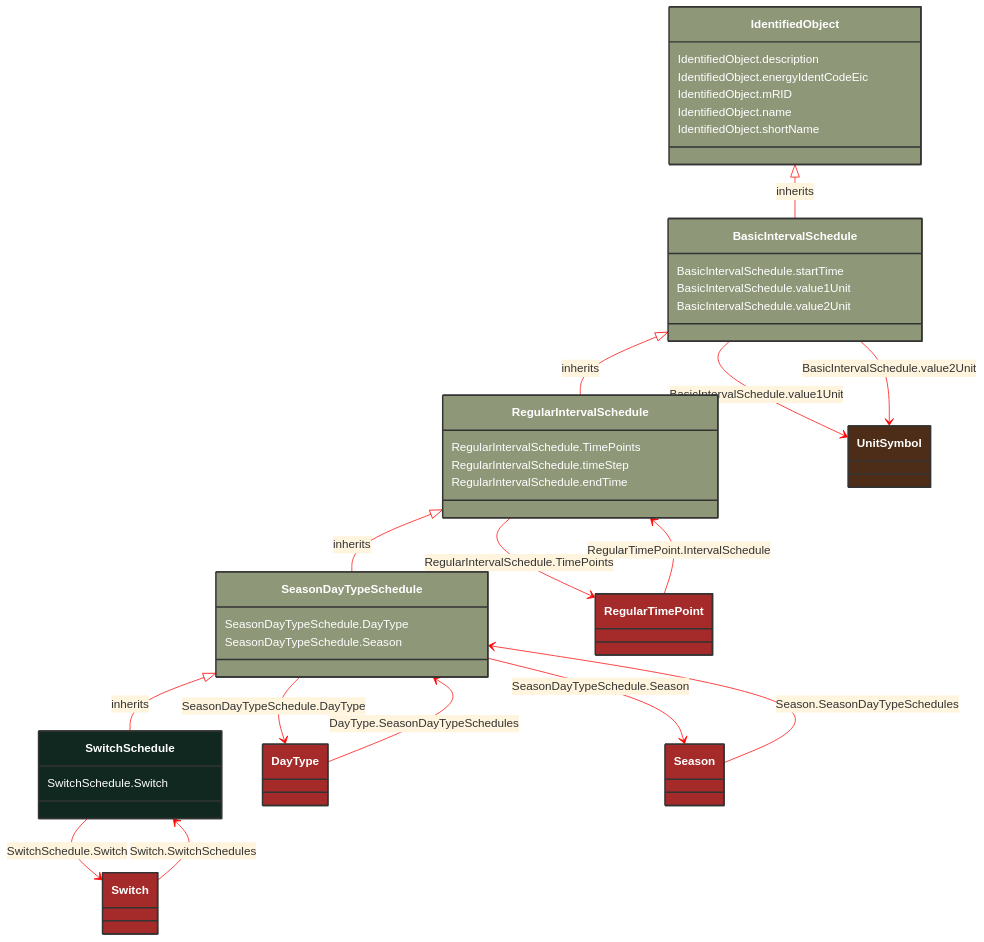
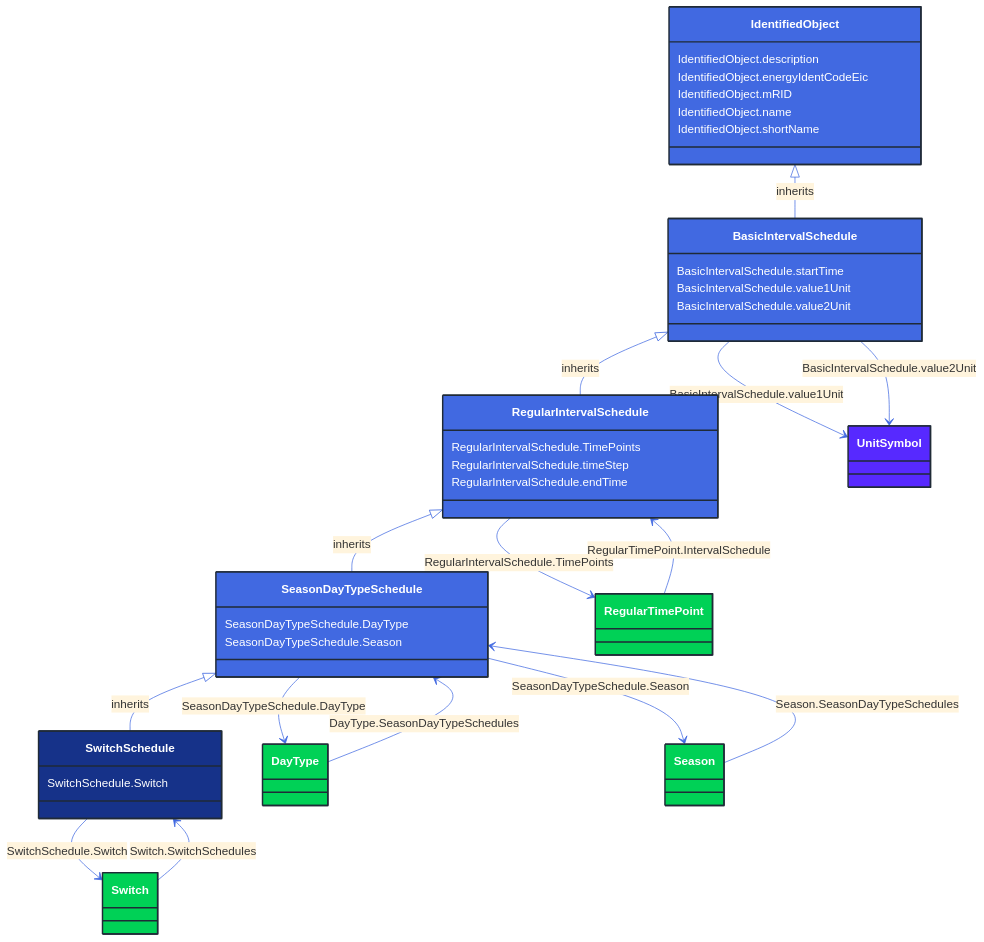
Before and after one commit to 3lbits/NoCIMExtensions: the diagram in docs/Models/Profiles/CoreEquipment/ConcreteClasses/SwitchSchedule.md, drawn with Mermaid. The commit also changed 362 other files, not shown here.

First line of the commit message:
Update diagrams and styles for improved visual consistency

````diff
--- a/docs/Models/Profiles/CoreEquipment/ConcreteClasses/SwitchSchedule.md
+++ b/docs/Models/Profiles/CoreEquipment/ConcreteClasses/SwitchSchedule.md
@@ -8,81 +8,81 @@
 ```mermaid
-%%{init: {'theme':'base','themeVariables': {'lineColor': '#FF0000'}}}%%
+%%{init: {'theme':'base','themeVariables': {'lineColor': '#4169E1'}}}%%
 classDiagram
     class SwitchSchedule
     click SwitchSchedule href "/Models/Profiles/CoreEquipment/ConcreteClasses/SwitchSchedule/"
-    style SwitchSchedule fill:#102820,stroke:#333,stroke-width:2px,rx:10,ry:10,color:white
+    style SwitchSchedule fill:#163289,stroke:#1F2A37,stroke-width:2px,rx:10,ry:10,color:white
      
         SeasonDayTypeSchedule <|-- SwitchSchedule : inherits
             click SeasonDayTypeSchedule href "/Models/Profiles/CoreEquipment/AbstractClasses/SeasonDayTypeSchedule/"
-            style SeasonDayTypeSchedule fill:#8F9779,stroke:#333,stroke-width:2px,rx:10,ry:10,color:white
+            style SeasonDayTypeSchedule fill:#4169E1,stroke:#1F2A37,stroke-width:2px,rx:10,ry:10,color:white
      
         RegularIntervalSchedule <|-- SeasonDayTypeSchedule : inherits
             click RegularIntervalSchedule href "/Models/Profiles/CoreEquipment/AbstractClasses/RegularIntervalSchedule/"
-            style RegularIntervalSchedule fill:#8F9779,stroke:#333,stroke-width:2px,rx:10,ry:10,color:white
+            style RegularIntervalSchedule fill:#4169E1,stroke:#1F2A37,stroke-width:2px,rx:10,ry:10,color:white
      
         BasicIntervalSchedule <|-- RegularIntervalSchedule : inherits
             click BasicIntervalSchedule href "/Models/Profiles/CoreEquipment/AbstractClasses/BasicIntervalSchedule/"
-            style BasicIntervalSchedule fill:#8F9779,stroke:#333,stroke-width:2px,rx:10,ry:10,color:white
+            style BasicIntervalSchedule fill:#4169E1,stroke:#1F2A37,stroke-width:2px,rx:10,ry:10,color:white
      
         IdentifiedObject <|-- BasicIntervalSchedule : inherits
             click IdentifiedObject href "/Models/Profiles/CoreEquipment/AbstractClasses/IdentifiedObject/"
-            style IdentifiedObject fill:#8F9779,stroke:#333,stroke-width:2px,rx:10,ry:10,color:white
+            style IdentifiedObject fill:#4169E1,stroke:#1F2A37,stroke-width:2px,rx:10,ry:10,color:white
 
         SwitchSchedule --> Switch : SwitchSchedule.Switch
 
         Switch
             click Switch href "/Models/Profiles/CoreEquipment/ConcreteClasses/Switch/"
-            style Switch fill:#A52A2A,stroke:#333,stroke-width:2px,rx:10,ry:10,color:white
+            style Switch fill:#00D156,stroke:#1F2A37,stroke-width:2px,rx:10,ry:10,color:white
         SeasonDayTypeSchedule --> DayType : SeasonDayTypeSchedule.DayType
 
         DayType
             click DayType href "/Models/Profiles/CoreEquipment/ConcreteClasses/DayType/"
-            style DayType fill:#A52A2A,stroke:#333,stroke-width:2px,rx:10,ry:10,color:white
+            style DayType fill:#00D156,stroke:#1F2A37,stroke-width:2px,rx:10,ry:10,color:white
         SeasonDayTypeSchedule --> Season : SeasonDayTypeSchedule.Season
 
         Season
             click Season href "/Models/Profiles/CoreEquipment/ConcreteClasses/Season/"
-            style Season fill:#A52A2A,stroke:#333,stroke-width:2px,rx:10,ry:10,color:white
+            style Season fill:#00D156,stroke:#1F2A37,stroke-width:2px,rx:10,ry:10,color:white
         RegularIntervalSchedule --> RegularTimePoint : RegularIntervalSchedule.TimePoints
 
         RegularTimePoint
             click RegularTimePoint href "/Models/Profiles/CoreEquipment/ConcreteClasses/RegularTimePoint/"
-            style RegularTimePoint fill:#A52A2A,stroke:#333,stroke-width:2px,rx:10,ry:10,color:white
+            style RegularTimePoint fill:#00D156,stroke:#1F2A37,stroke-width:2px,rx:10,ry:10,color:white
 
         DayType --> SeasonDayTypeSchedule : DayType.SeasonDayTypeSchedules
 
         DayType
             click DayType href "/Models/Profiles/CoreEquipment/ConcreteClasses/DayType/"
-            style DayType fill:#A52A2A,stroke:#333,stroke-width:2px,rx:10,ry:10,color:white
+            style DayType fill:#00D156,stroke:#1F2A37,stroke-width:2px,rx:10,ry:10,color:white
 
         RegularTimePoint --> RegularIntervalSchedule : RegularTimePoint.IntervalSchedule
 
         RegularTimePoint
             click RegularTimePoint href "/Models/Profiles/CoreEquipment/ConcreteClasses/RegularTimePoint/"
-            style RegularTimePoint fill:#A52A2A,stroke:#333,stroke-width:2px,rx:10,ry:10,color:white
+            style RegularTimePoint fill:#00D156,stroke:#1F2A37,stroke-width:2px,rx:10,ry:10,color:white
 
         Season --> SeasonDayTypeSchedule : Season.SeasonDayTypeSchedules
 
         Season
             click Season href "/Models/Profiles/CoreEquipment/ConcreteClasses/Season/"
-            style Season fill:#A52A2A,stroke:#333,stroke-width:2px,rx:10,ry:10,color:white
+            style Season fill:#00D156,stroke:#1F2A37,stroke-width:2px,rx:10,ry:10,color:white
 
         Switch --> SwitchSchedule : Switch.SwitchSchedules
 
         Switch
             click Switch href "/Models/Profiles/CoreEquipment/ConcreteClasses/Switch/"
-            style Switch fill:#A52A2A,stroke:#333,stroke-width:2px,rx:10,ry:10,color:white
+            style Switch fill:#00D156,stroke:#1F2A37,stroke-width:2px,rx:10,ry:10,color:white
 
         BasicIntervalSchedule --> UnitSymbol : BasicIntervalSchedule.value1Unit
 
         UnitSymbol
             click UnitSymbol href "/Models/Profiles/CoreEquipment/Enumerations/UnitSymbol/"
-            style UnitSymbol fill:#4D2D18,stroke:#333,stroke-width:2px,rx:10,ry:10,color:white
+            style UnitSymbol fill:#5729FF,stroke:#1F2A37,stroke-width:2px,rx:10,ry:10,color:white
         BasicIntervalSchedule --> UnitSymbol : BasicIntervalSchedule.value2Unit
 
         UnitSymbol
             click UnitSymbol href "/Models/Profiles/CoreEquipment/Enumerations/UnitSymbol/"
-            style UnitSymbol fill:#4D2D18,stroke:#333,stroke-width:2px,rx:10,ry:10,color:white
+            style UnitSymbol fill:#5729FF,stroke:#1F2A37,stroke-width:2px,rx:10,ry:10,color:white
 
         SwitchSchedule : SwitchSchedule.Switch
         SeasonDayTypeSchedule : SeasonDayTypeSchedule.DayType
````
